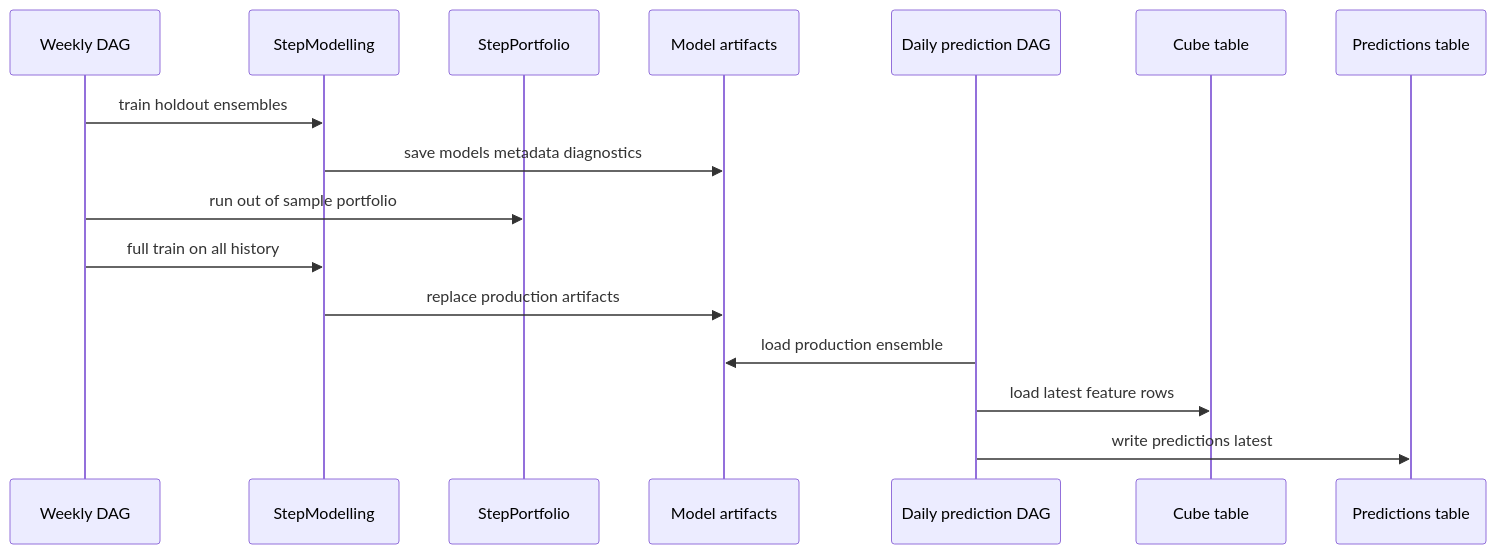
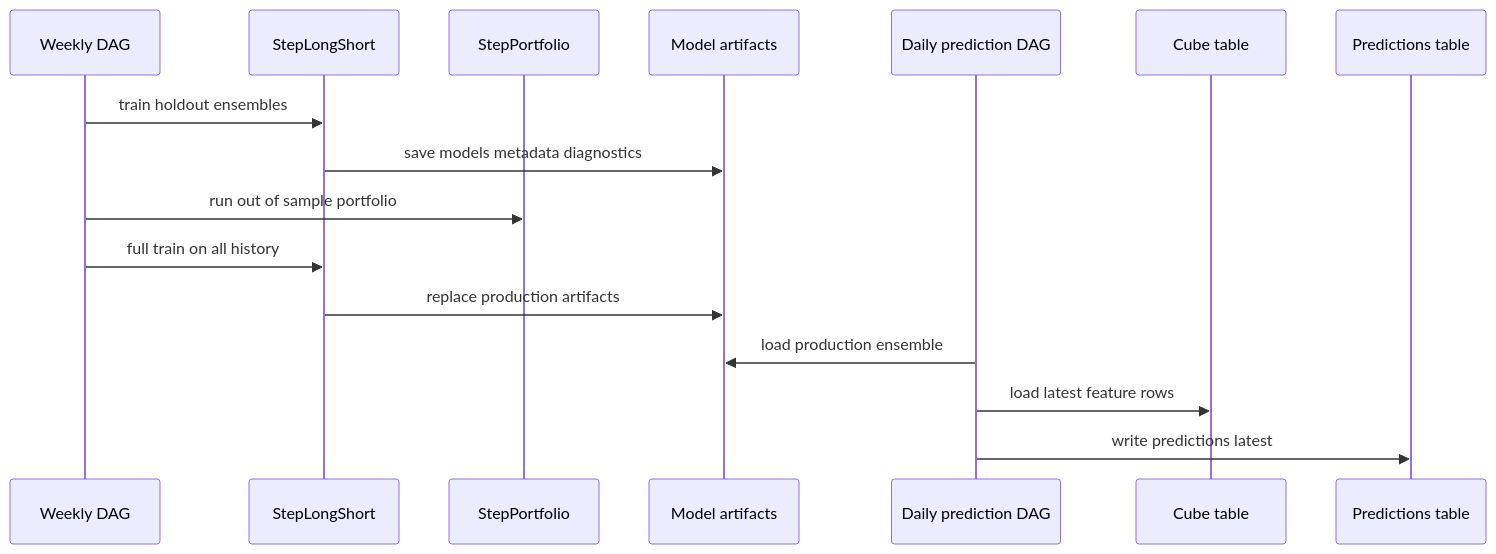
One commit to alexandredelarrard/PEA changed the diagram in wiki/flows/model-training-and-prediction.md. Above: the diagram before and after it, drawn with Mermaid. The commit also changed other lines of this file and 12 other files, not shown here.

```diff
--- a/wiki/flows/model-training-and-prediction.md
+++ b/wiki/flows/model-training-and-prediction.md
@@ -21,18 +21,18 @@
 ~~~mermaid
 sequenceDiagram
   participant Weekly as Weekly DAG
-  participant Model as StepModelling
+  participant Model as StepLongShort
   participant Backtest as StepPortfolio
   participant Artifacts as Model artifacts
   participant Daily as Daily prediction DAG
   participant Cube as Cube table
   participant Pred as Predictions table
   Weekly->>Model: train holdout ensembles
   Model->>Artifacts: save models metadata diagnostics
   Weekly->>Backtest: run out of sample portfolio
   Weekly->>Model: full train on all history
   Model->>Artifacts: replace production artifacts
   Daily->>Artifacts: load production ensemble
   Daily->>Cube: load latest feature rows
   Daily->>Pred: write predictions latest
 ~~~
```
